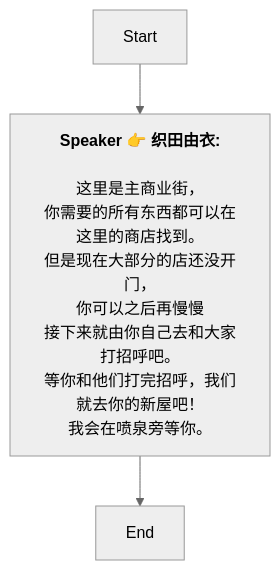
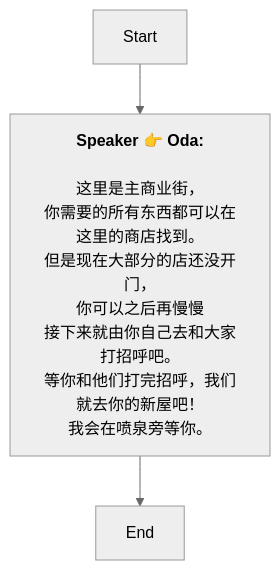
Before and after one commit to SoftHu/tos_avg: the diagram in Zh/QuestStartTalkENode_1741757389221183.md, drawn with Mermaid (neutral theme). The commit also changed 737 other files, not shown here.

````diff
--- a/Zh/QuestStartTalkENode_1741757389221183.md
+++ b/Zh/QuestStartTalkENode_1741757389221183.md
@@ -1,14 +1,10 @@
 ```mermaid
 graph
-Start -->1741757429204290[<b>Speaker 👉 织田由衣:</b>
-
-这里是主商业街，
-你需要的所有东西都可以在这里的商店找到。
-但是现在大部分的店还没开门，
-你可以之后再慢慢
-接下来就由你自己去和大家打招呼吧。
-等你和他们打完招呼，我们就去你的新屋吧！
+Start -->1741757429204290[<b>Speaker 👉 Oda:</b>
+\n这里是主商业街，
+你需要的所有东西都可以在这里的商店找到。\n但是现在大部分的店还没开门，
+你可以之后再慢慢\n接下来就由你自己去和大家打招呼吧。\n等你和他们打完招呼，我们就去你的新屋吧！
 我会在喷泉旁等你。]
 1741757429204290 -->1741757508892995[End]
 
- ```
+```
````
